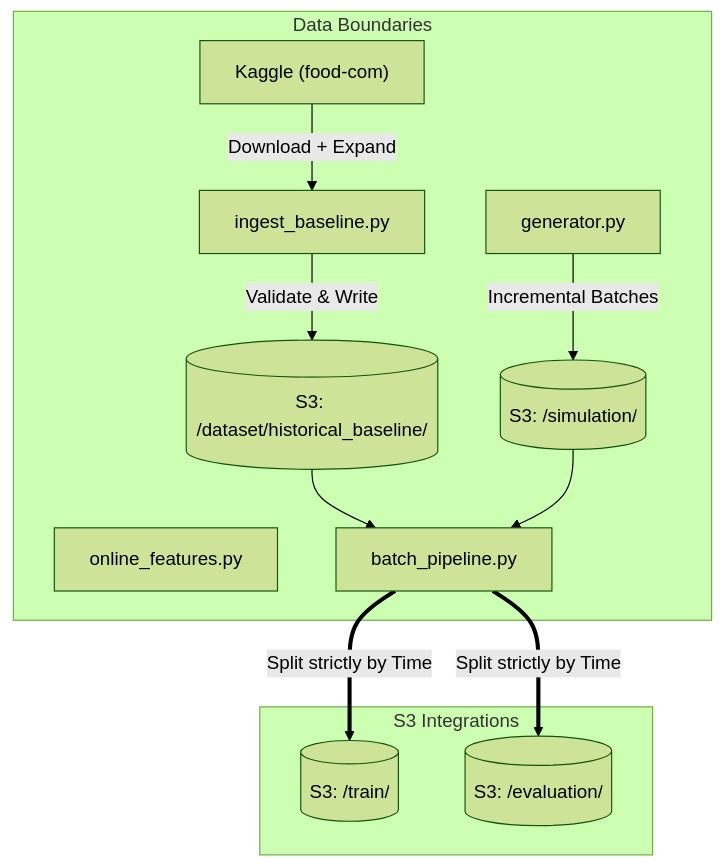
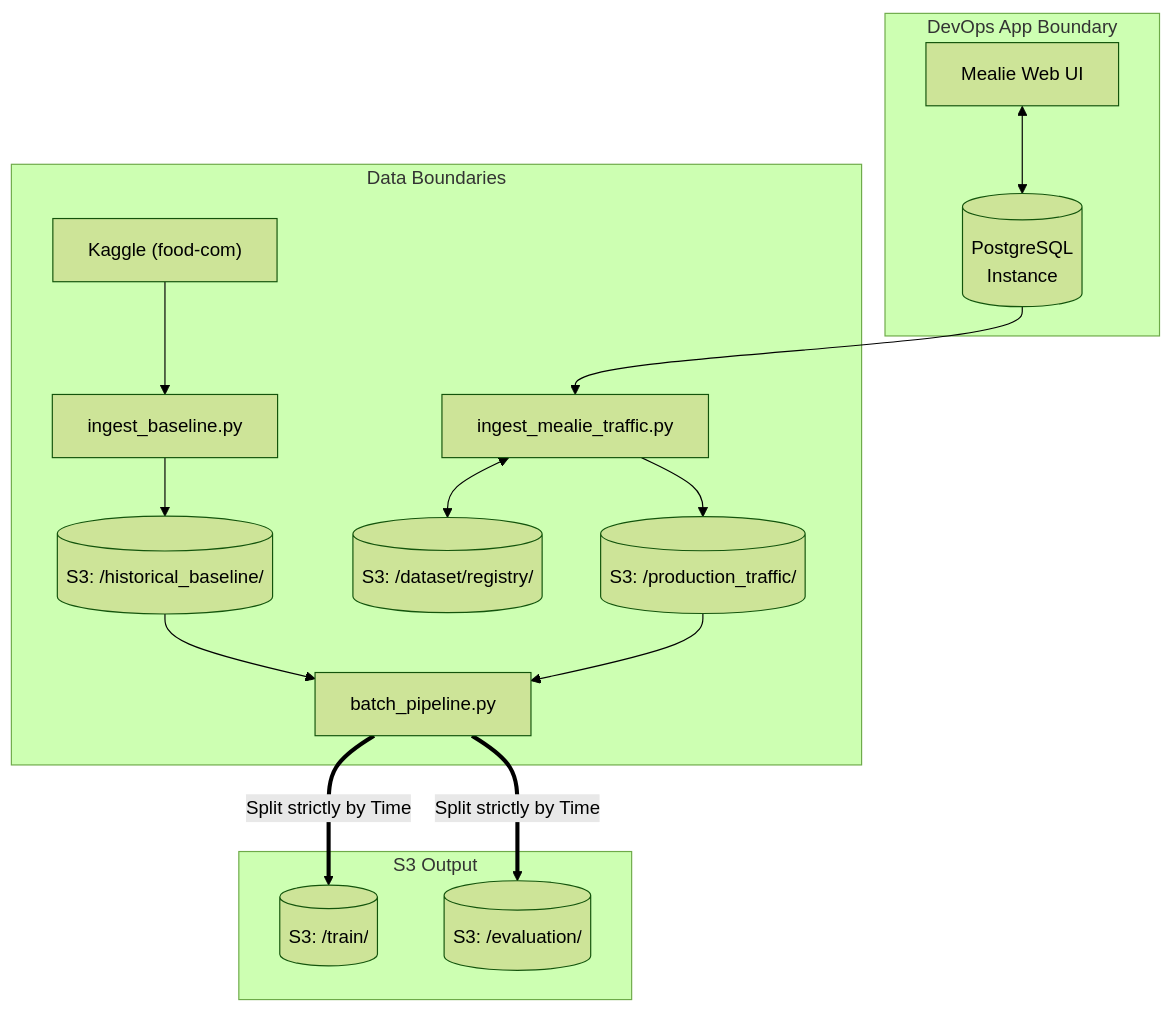
Before and after one commit to meghana-555/GNN-Recipe-Recommendation: the diagram in data_pipeline/README.md, drawn with Mermaid (forest theme). The commit also changed other lines of this file and 5 other files, not shown here.

````diff
--- a/data_pipeline/README.md
+++ b/data_pipeline/README.md
@@ -20,25 +22,33 @@
 ```mermaid
 flowchart TD
+    subgraph DevOps App Boundary
+        Postgres[(PostgreSQL\nInstance)]
+        MealieApp[Mealie Web UI]
+        MealieApp <--> Postgres
+    end
+
     subgraph Data Boundaries
         Kaggle["Kaggle (food-com)"]
         Ingest["ingest_baseline.py"]
-        Gen["generator.py"]
-        OnlineFeat["online_features.py"]
+        Poller["ingest_mealie_traffic.py"]
         Batch["batch_pipeline.py"]
-        S3Base[("S3: /dataset/historical_baseline/")]
-        S3Sim[("S3: /simulation/")]
+        S3Reg[("S3: /dataset/registry/")]
+        S3Base[("S3: /historical_baseline/")]
+        S3Traffic[("S3: /production_traffic/")]
     end
     
-    subgraph S3 Integrations
+    subgraph S3 Output
         S3Train[("S3: /train/")]
         S3Eval[("S3: /evaluation/")]
     end
 
-    Kaggle -->|Download + Expand| Ingest
-    Ingest -->|Validate & Write| S3Base
-    Gen -->|Incremental Batches| S3Sim
+    Kaggle --> Ingest
+    Ingest --> S3Base
+    Postgres --> Poller
+    Poller <--> S3Reg
+    Poller --> S3Traffic
     S3Base --> Batch
-    S3Sim --> Batch
+    S3Traffic --> Batch
     Batch == "Split strictly by Time" ==> S3Train
     Batch == "Split strictly by Time" ==> S3Eval
 ```
````
